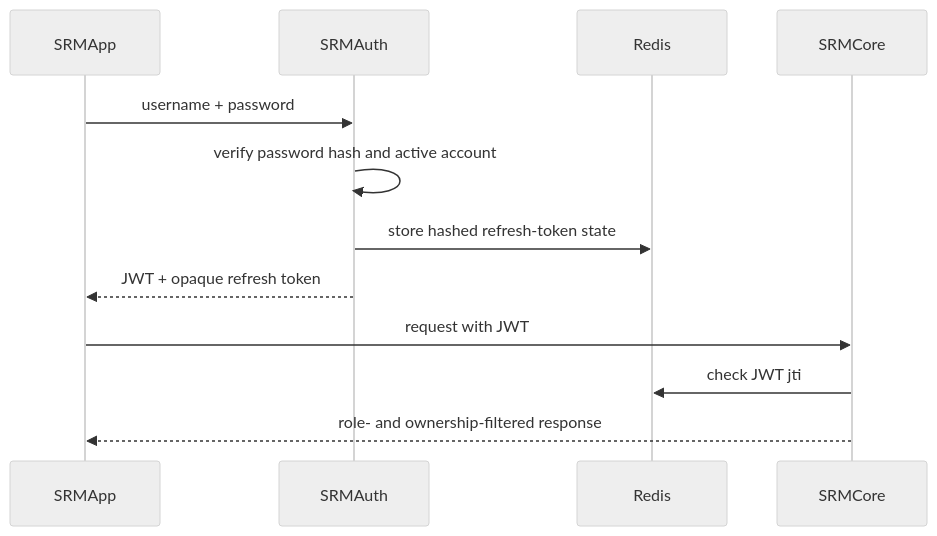
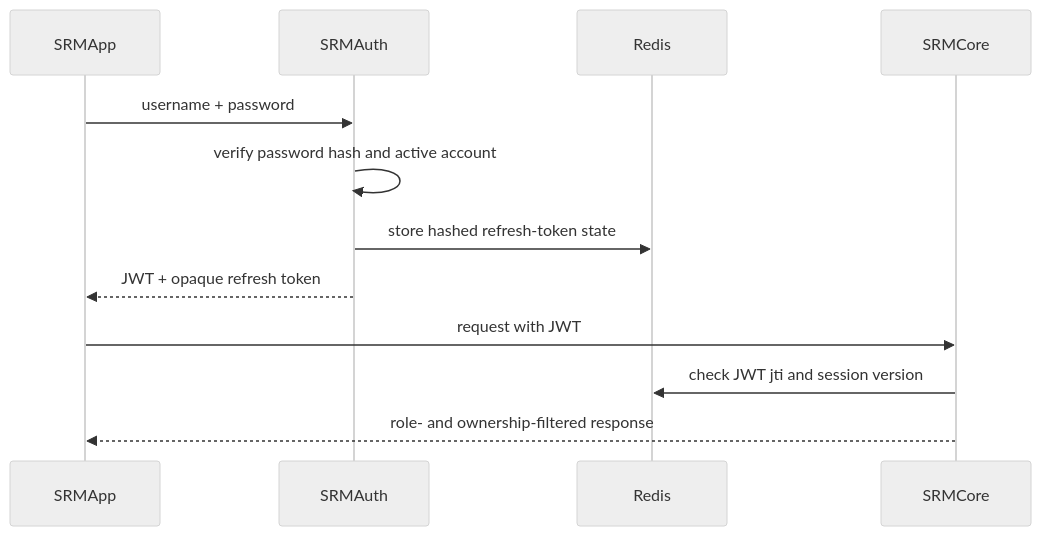
The first of 2 diagrams in AUTHENTICATION_AUTHORIZATION_CONCEPT.md (is231327/SRM), drawn with Mermaid (neutral theme) before and after one commit. The commit also changed other lines of this file and 71 other files, not shown here.

````diff
--- a/AUTHENTICATION_AUTHORIZATION_CONCEPT.md
+++ b/AUTHENTICATION_AUTHORIZATION_CONCEPT.md
@@ -67,14 +80,14 @@
 ```mermaid
 sequenceDiagram
     participant UI as SRMApp
     participant Auth as SRMAuth
     participant Redis
     participant Core as SRMCore
     UI->>Auth: username + password
     Auth->>Auth: verify password hash and active account
     Auth->>Redis: store hashed refresh-token state
     Auth-->>UI: JWT + opaque refresh token
     UI->>Core: request with JWT
-    Core->>Redis: check JWT jti
+    Core->>Redis: check JWT jti and session version
     Core-->>UI: role- and ownership-filtered response
 ```
````
